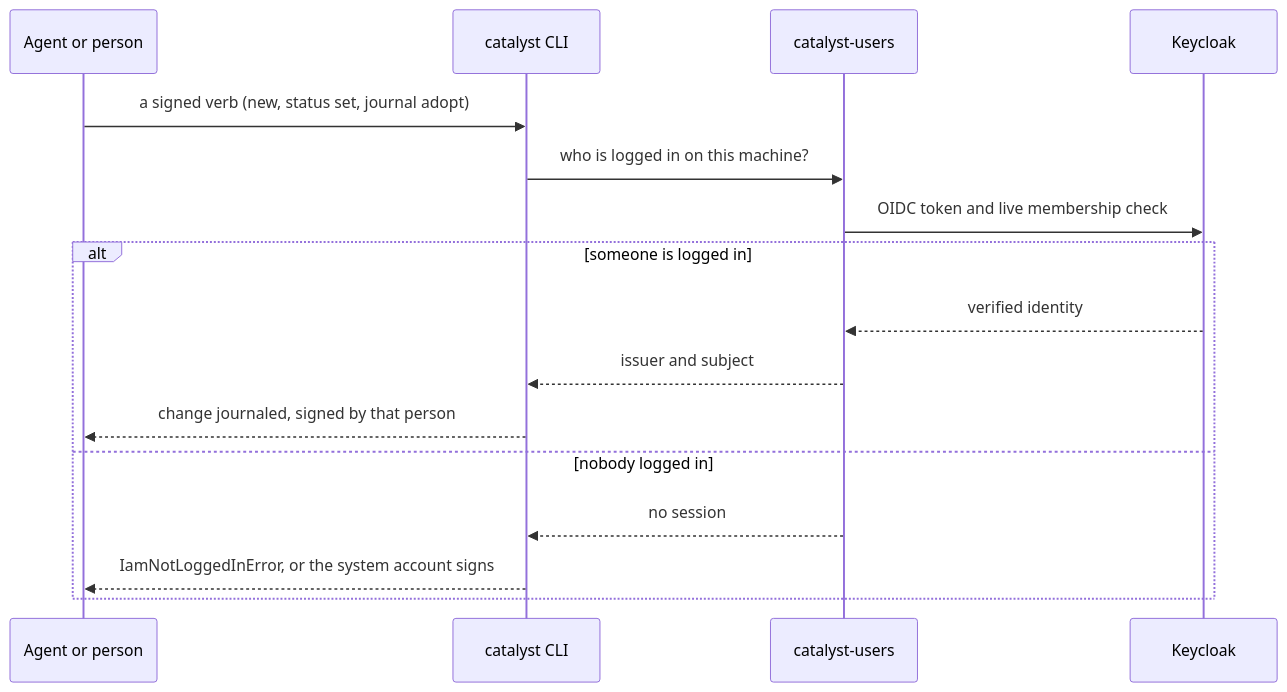
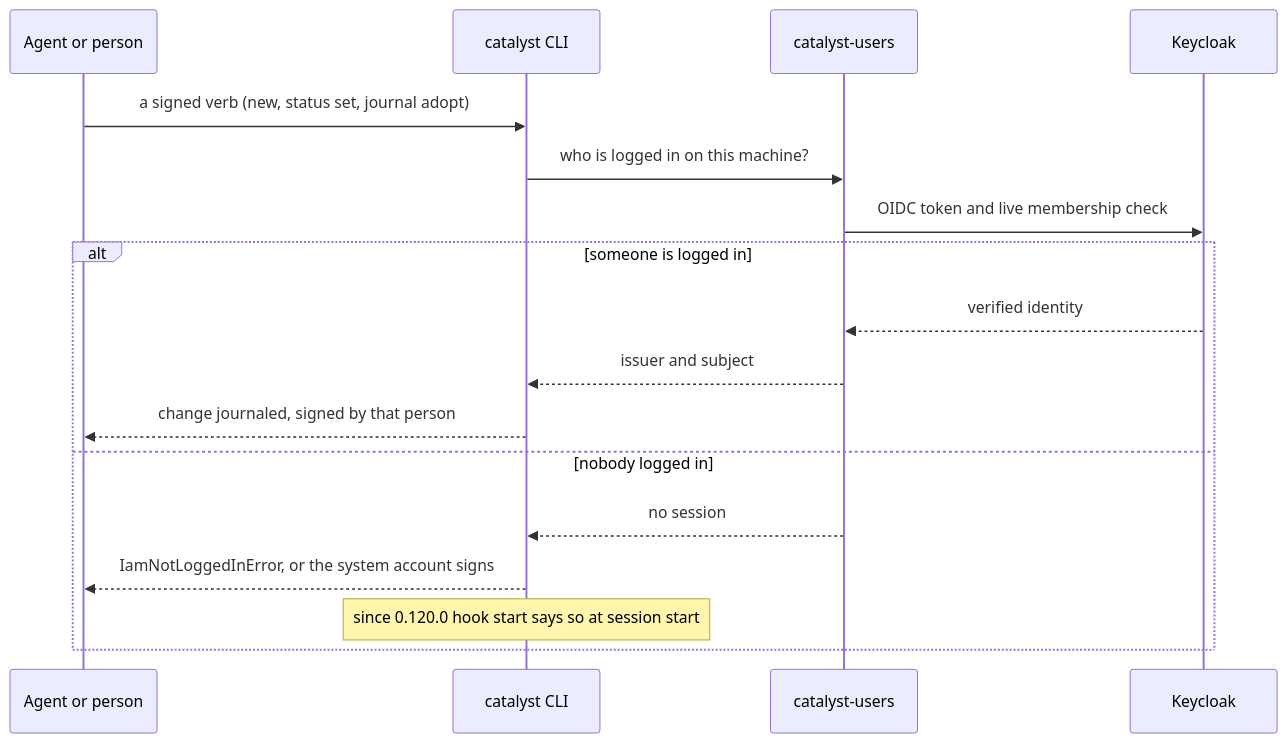
One commit to cantica-tech/catalyst-docs changed the third of 12 diagrams in docs/guide/manual/80-oddities.md. Above: the diagram before and after it, drawn with Mermaid. The commit also changed other lines of this file and 9 other files, not shown here.

````diff
--- a/docs/guide/manual/80-oddities.md
+++ b/docs/guide/manual/80-oddities.md
@@ -92,18 +93,19 @@
 ```mermaid
 sequenceDiagram
     participant A as Agent or person
     participant C as catalyst CLI
     participant U as catalyst-users
     participant K as Keycloak
     A->>C: a signed verb (new, status set, journal adopt)
     C->>U: who is logged in on this machine?
     U->>K: OIDC token and live membership check
     alt someone is logged in
         K-->>U: verified identity
         U-->>C: issuer and subject
         C-->>A: change journaled, signed by that person
     else nobody logged in
         U-->>C: no session
         C-->>A: IamNotLoggedInError, or the system account signs
+        Note over C: since 0.120.0 hook start says so at session start
     end
 ```
````
